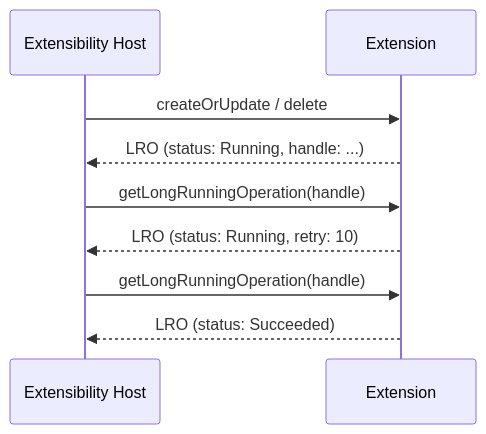
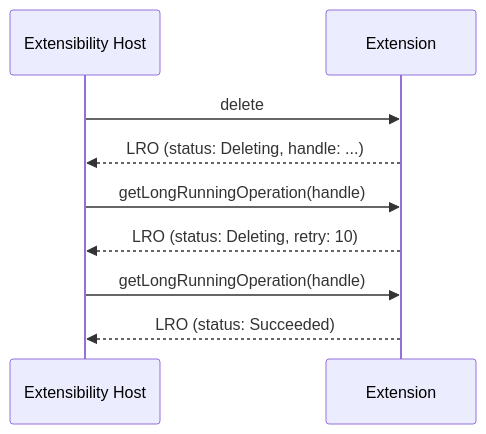
The fourth of 4 diagrams in docs/v2/async-operations.md (Azure/bicep-extensibility), drawn with Mermaid before and after one commit. The commit also changed other lines of this file and 2 other files, not shown here.

````diff
--- a/docs/v2/async-operations.md
+++ b/docs/v2/async-operations.md
@@ -350,14 +372,14 @@
 ```mermaid
 sequenceDiagram
     participant Host as Extensibility Host
     participant Ext as Extension
 
-    Host->>Ext: createOrUpdate / delete
-    Ext-->>Host: LRO (status: Running, handle: ...)
+    Host->>Ext: delete
+    Ext-->>Host: LRO (status: Deleting, handle: ...)
 
     Host->>Ext: getLongRunningOperation(handle)
-    Ext-->>Host: LRO (status: Running, retry: 10)
+    Ext-->>Host: LRO (status: Deleting, retry: 10)
 
     Host->>Ext: getLongRunningOperation(handle)
     Ext-->>Host: LRO (status: Succeeded)
 ```
````
